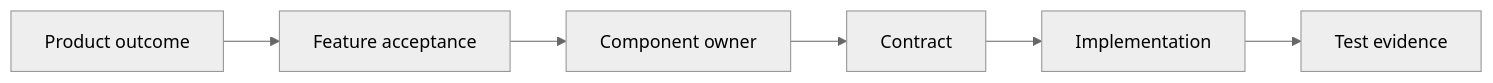
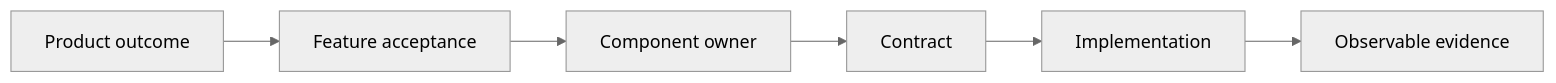
One commit to atomlink-ye/agent-server changed the diagram in docs/agents/repository-orientation.md. Above: the diagram before and after it, drawn with Mermaid (neutral theme). The commit also changed other lines of this file and 16 other files, not shown here.

````diff
--- a/docs/agents/repository-orientation.md
+++ b/docs/agents/repository-orientation.md
@@ -14,8 +14,8 @@
 ```mermaid
 flowchart LR
     P["Product outcome"] --> F["Feature acceptance"]
     F --> C["Component owner"]
     C --> K["Contract"]
     K --> I["Implementation"]
-    I --> T["Test evidence"]
+    I --> E["Observable evidence"]
 ```
````
